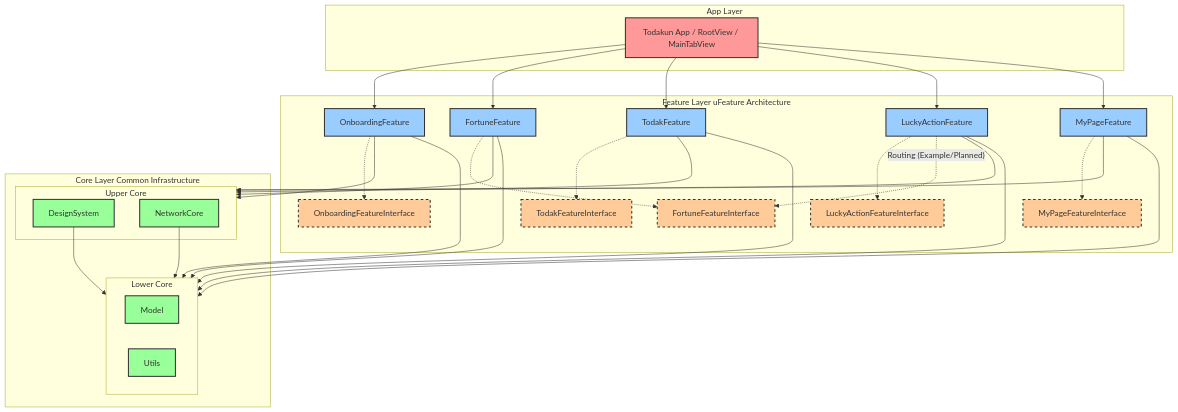
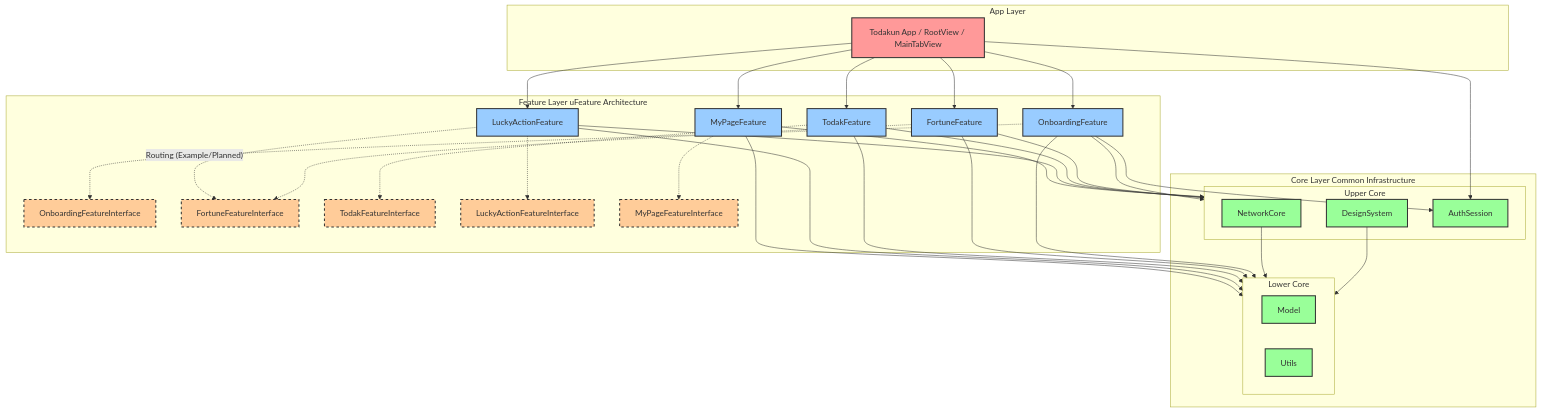
The diagram in README.md (YAPP-Github/28th-App-Team-2-iOS), drawn with Mermaid before and after one commit. The commit also changed other lines of this file and 6 other files, not shown here.

````diff
--- a/README.md
+++ b/README.md
@@ -25,72 +25,76 @@
 ```mermaid
 graph TD
     subgraph AppLayer [App Layer]
         TodakunApp[Todakun App / RootView / MainTabView]
     end
 
     subgraph FeatureLayer [Feature Layer uFeature Architecture]
         Onboarding[OnboardingFeature]
         OnboardingIF[OnboardingFeatureInterface]
         Fortune[FortuneFeature]
         FortuneIF[FortuneFeatureInterface]
         Todak[TodakFeature]
         TodakIF[TodakFeatureInterface]
         LuckyAction[LuckyActionFeature]
         LuckyActionIF[LuckyActionFeatureInterface]
         MyPage[MyPageFeature]
         MyPageIF[MyPageFeatureInterface]
 
         Onboarding -.-> OnboardingIF
         Fortune -.-> FortuneIF
         Todak -.-> TodakIF
         LuckyAction -.-> LuckyActionIF
         MyPage -.-> MyPageIF
     end
 
     subgraph CoreLayer [Core Layer Common Infrastructure]
         subgraph UpperCore [Upper Core]
             DesignSystem[DesignSystem]
             NetworkCore[NetworkCore]
+            AuthSession[AuthSession]
         end
         subgraph LowerCore [Lower Core]
             Model[Model]
             Utils[Utils]
         end
         
         DesignSystem --> LowerCore
         NetworkCore --> LowerCore
     end
 
     %% App Layer imports features
     TodakunApp --> Onboarding
     TodakunApp --> Fortune
     TodakunApp --> Todak
     TodakunApp --> LuckyAction
     TodakunApp --> MyPage
     
     %% Example of Feature Navigation via Interface
     LuckyAction -. "Routing (Example/Planned)" .-> FortuneIF
     
     %% Features depend on Core
     Onboarding --> UpperCore
     Onboarding --> LowerCore
     Fortune --> UpperCore
     Fortune --> LowerCore
     Todak --> UpperCore
     Todak --> LowerCore
     LuckyAction --> UpperCore
     LuckyAction --> LowerCore
     MyPage --> UpperCore
     MyPage --> LowerCore
 
+    TodakunApp --> AuthSession
+    Onboarding --> AuthSession
+
     %% Styling
     classDef app fill:#ff9999,stroke:#333,stroke-width:2px;
     classDef feature fill:#99ccff,stroke:#333,stroke-width:2px;
     classDef interface fill:#ffcc99,stroke:#333,stroke-width:2px,stroke-dasharray: 5 5;
     classDef core fill:#99ff99,stroke:#333,stroke-width:2px;
     
     class TodakunApp app;
     class Onboarding,Fortune,Todak,LuckyAction,MyPage feature;
     class OnboardingIF,FortuneIF,TodakIF,LuckyActionIF,MyPageIF interface;
-    class DesignSystem,NetworkCore,Model,Utils core;
+    class DesignSystem,NetworkCore,AuthSession,Model,Utils core;
 ```
````
